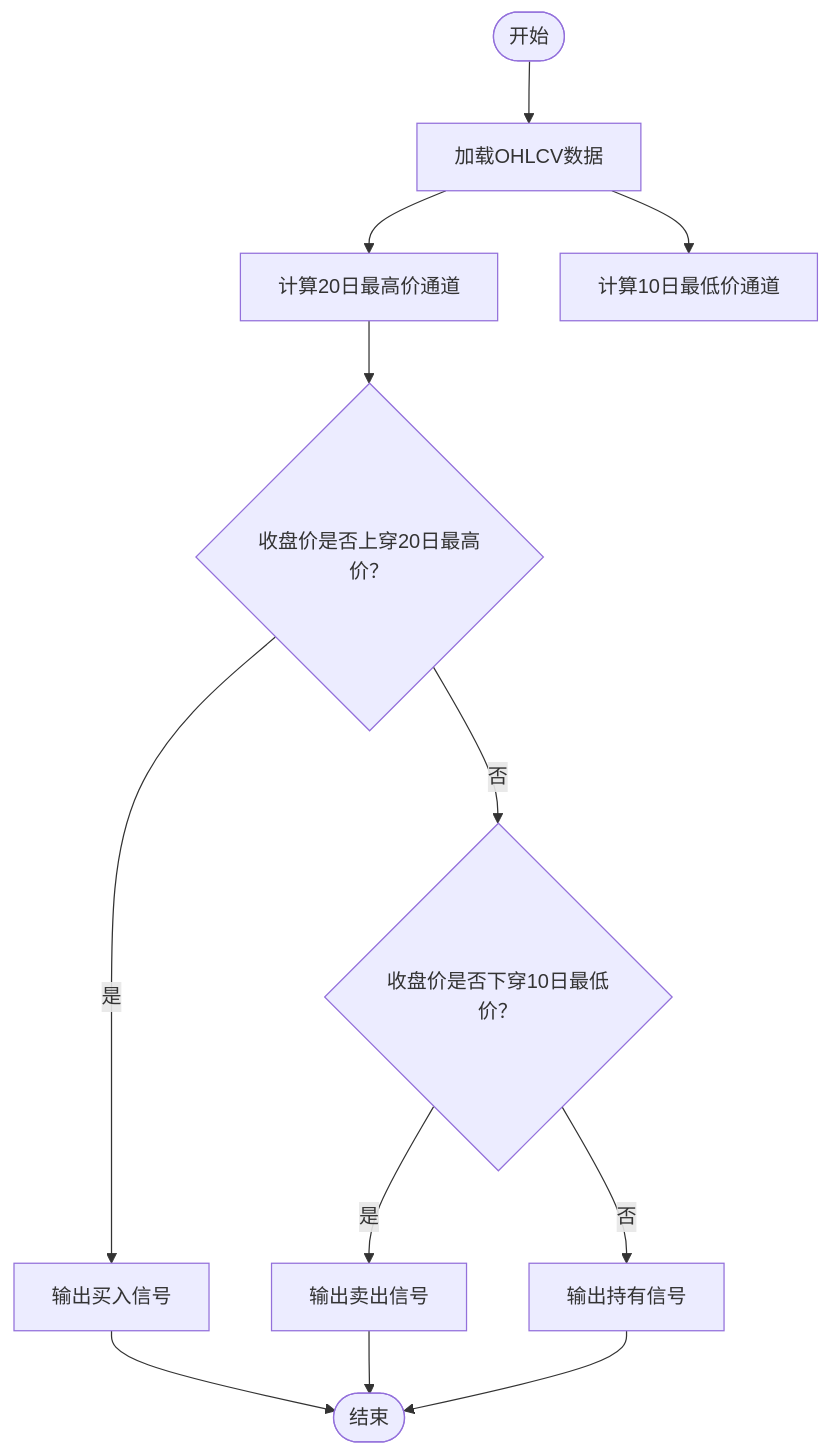
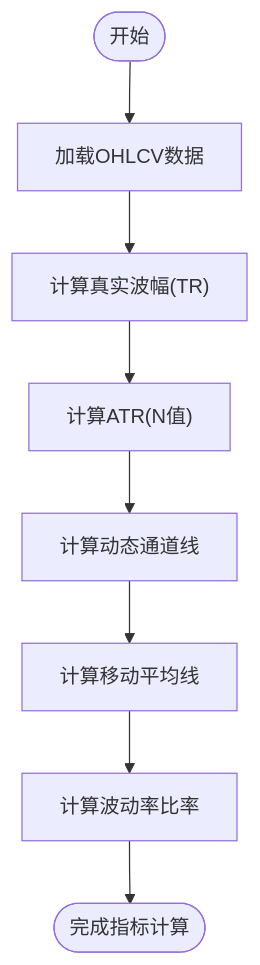
Before and after one commit to raymodny-ai/The-Modern-Turtle-Protocol: the third of 7 diagrams in .qoder/repowiki/zh/content/核心功能模块/策略计算模块.md, drawn with Mermaid. The commit also changed other lines of this file and 15 other files, not shown here.

````diff
--- a/.qoder/repowiki/zh/content/核心功能模块/策略计算模块.md
+++ b/.qoder/repowiki/zh/content/核心功能模块/策略计算模块.md
@@ -128,14 +148,10 @@
 ```mermaid
 flowchart TD
 Start(["开始"]) --> LoadData["加载OHLCV数据"]
-LoadData --> Compute20["计算20日最高价通道"]
-LoadData --> Compute10["计算10日最低价通道"]
-Compute20 --> CompareBuy{"收盘价是否上穿20日最高价？"}
-CompareBuy --> |是| Buy["输出买入信号"]
-CompareBuy --> |否| CompareSell{"收盘价是否下穿10日最低价？"}
-CompareSell --> |是| Sell["输出卖出信号"]
-CompareSell --> |否| Hold["输出持有信号"]
-Buy --> End(["结束"])
-Sell --> End
-Hold --> End
+LoadData --> CalcTR["计算真实波幅(TR)"]
+CalcTR --> CalcATR["计算ATR(N值)"]
+CalcATR --> CalcChannels["计算动态通道线"]
+CalcChannels --> CalcSMA["计算移动平均线"]
+CalcSMA --> CalcVolRatio["计算波动率比率"]
+CalcVolRatio --> End(["完成指标计算"])
 ```
````
